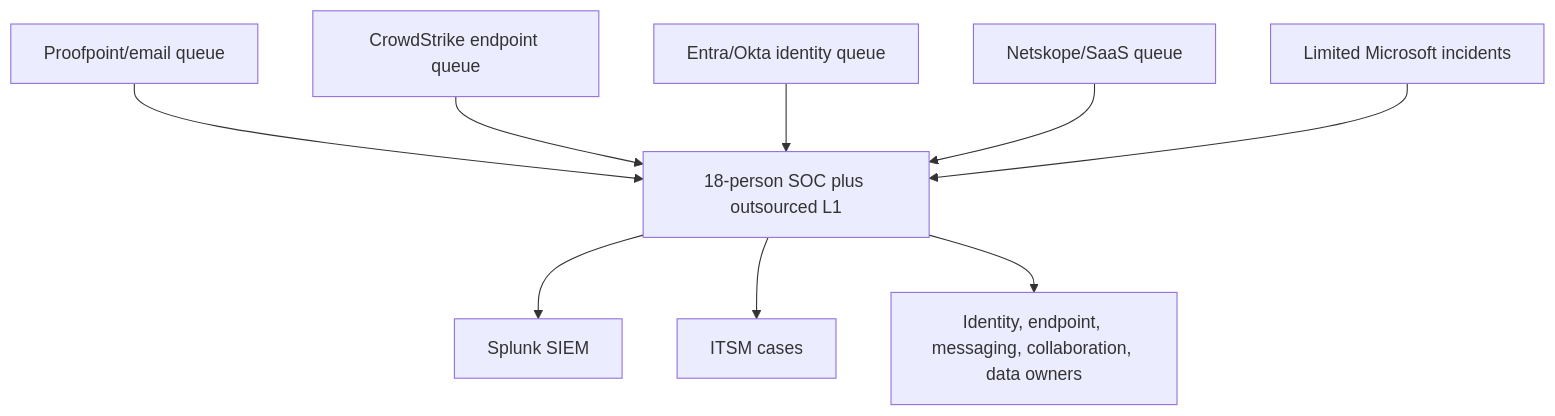
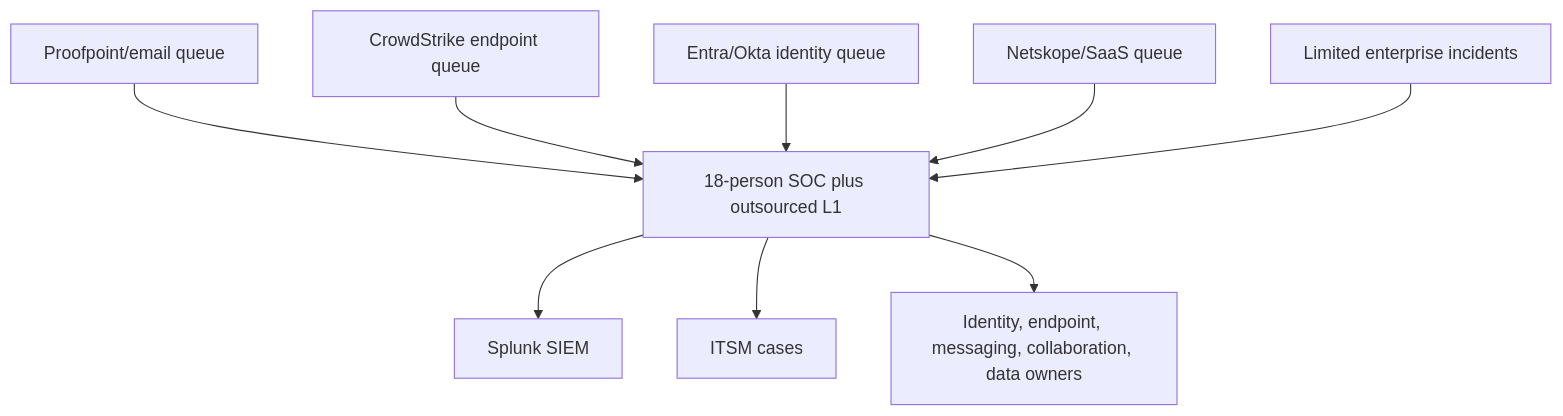
One commit to hichauhan-in/Interview-Prep changed the fourth of 20 diagrams in Deloitte M365 Security Consultant/prep/Part-71-capstone-deloitte-m365-security-transformation.md. Above: the diagram before and after it, drawn with Mermaid. The commit also changed other lines of this file and 493 other files, not shown here.

````diff
--- a/Deloitte M365 Security Consultant/prep/Part-71-capstone-deloitte-m365-security-transformation.md
+++ b/Deloitte M365 Security Consultant/prep/Part-71-capstone-deloitte-m365-security-transformation.md
@@ -155,11 +155,11 @@
 ```mermaid
 flowchart TB
     EMAILQ[Proofpoint/email queue] --> SOC[18-person SOC plus outsourced L1]
     ENDQ[CrowdStrike endpoint queue] --> SOC
     IDQ[Entra/Okta identity queue] --> SOC
     CLOUDQ[Netskope/SaaS queue] --> SOC
     SOC --> SPLUNK[Splunk SIEM]
     SOC --> TICKETS[ITSM cases]
-    M365SIG[Limited Microsoft incidents] --> SOC
+    M365SIG[Limited enterprise incidents] --> SOC
     SOC --> OWNERS[Identity, endpoint, messaging, collaboration, data owners]
 ```
````
